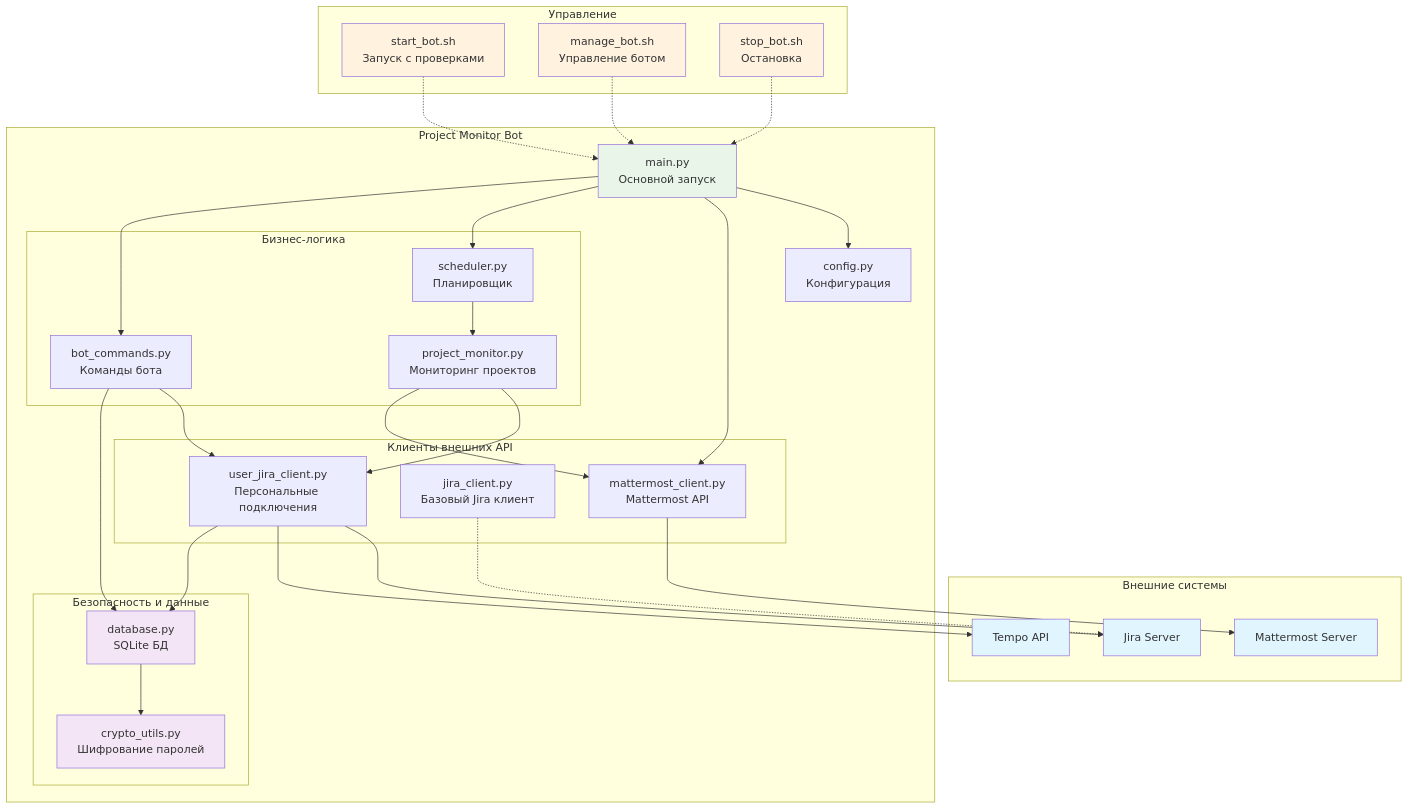
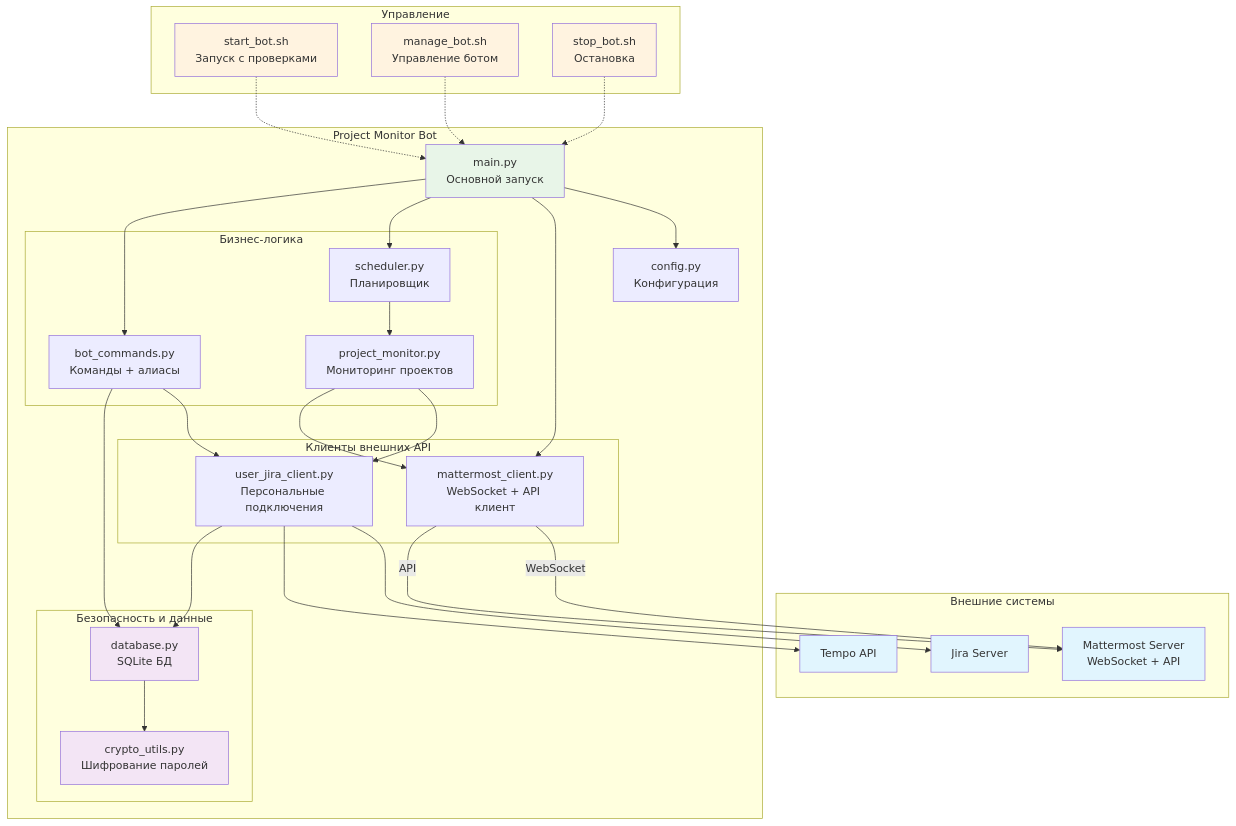
One commit to chastnik/mm_project_monitor_bot changed the first of 2 diagrams in README.md. Above: the diagram before and after it, drawn with Mermaid. The commit also changed other lines of this file and 12 other files, not shown here.

First line of the commit message:
feat: Major bot improvements - WebSocket, aliases, and enhanced UX

````diff
--- a/README.md
+++ b/README.md
@@ -114,70 +152,69 @@
 ```mermaid
 graph TB
     subgraph "Внешние системы"
-        MM[Mattermost Server]
+        MM[Mattermost Server<br/>WebSocket + API]
         JIRA[Jira Server]
         TEMPO[Tempo API]
     end
     
     subgraph "Project Monitor Bot"
         MAIN[main.py<br/>Основной запуск]
         CONFIG[config.py<br/>Конфигурация]
         
         subgraph "Клиенты внешних API"
-            MMC[mattermost_client.py<br/>Mattermost API]
-            JC[jira_client.py<br/>Базовый Jira клиент]
+            MMC[mattermost_client.py<br/>WebSocket + API клиент]
             UJC[user_jira_client.py<br/>Персональные подключения]
         end
         
         subgraph "Безопасность и данные"
             CRYPTO[crypto_utils.py<br/>Шифрование паролей]
             DB[database.py<br/>SQLite БД]
         end
         
         subgraph "Бизнес-логика"
             MONITOR[project_monitor.py<br/>Мониторинг проектов]
             SCHED[scheduler.py<br/>Планировщик]
-            COMMANDS[bot_commands.py<br/>Команды бота]
+            COMMANDS[bot_commands.py<br/>Команды + алиасы]
         end
     end
     
     subgraph "Управление"
         START[start_bot.sh<br/>Запуск с проверками]
         MANAGE[manage_bot.sh<br/>Управление ботом]
         STOP[stop_bot.sh<br/>Остановка]
     end
     
     MAIN --> CONFIG
     MAIN --> MMC
     MAIN --> SCHED
     MAIN --> COMMANDS
     
-    MMC --> MM
+    MMC -->|WebSocket| MM
+    MMC -->|API| MM
     UJC --> JIRA
     UJC --> TEMPO
-    JC -.-> JIRA
     
     COMMANDS --> UJC
     COMMANDS --> DB
     MONITOR --> UJC
     MONITOR --> MMC
     
     DB --> CRYPTO
     UJC --> DB
     
     SCHED --> MONITOR
     
     START -.-> MAIN
     MANAGE -.-> MAIN
     STOP -.-> MAIN
     
     classDef external fill:#e1f5fe
     classDef security fill:#f3e5f5
     classDef main fill:#e8f5e8
     classDef scripts fill:#fff3e0
     
     class MM,JIRA,TEMPO external
     class CRYPTO,DB security
     class MAIN main
     class START,MANAGE,STOP scripts
 ```
````
